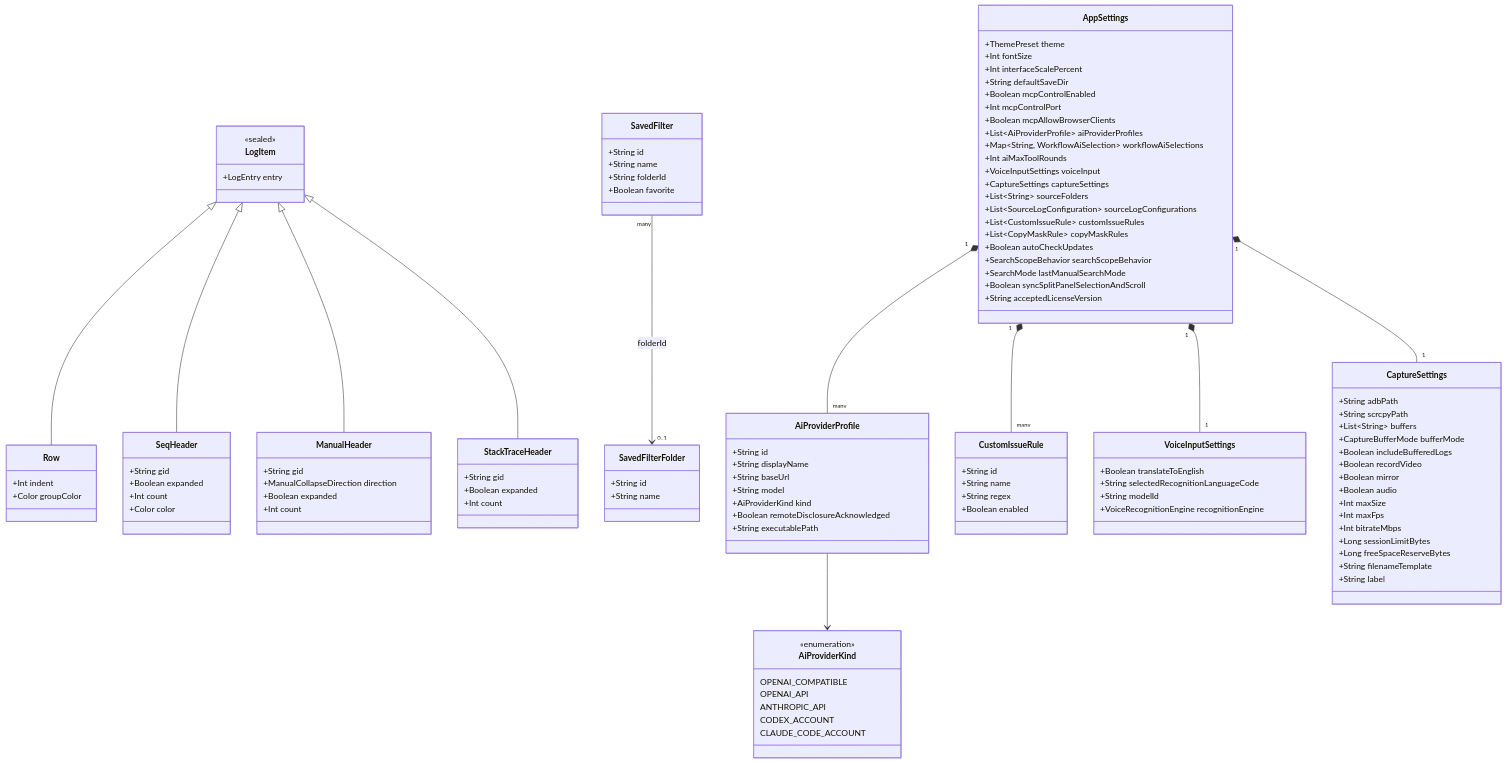
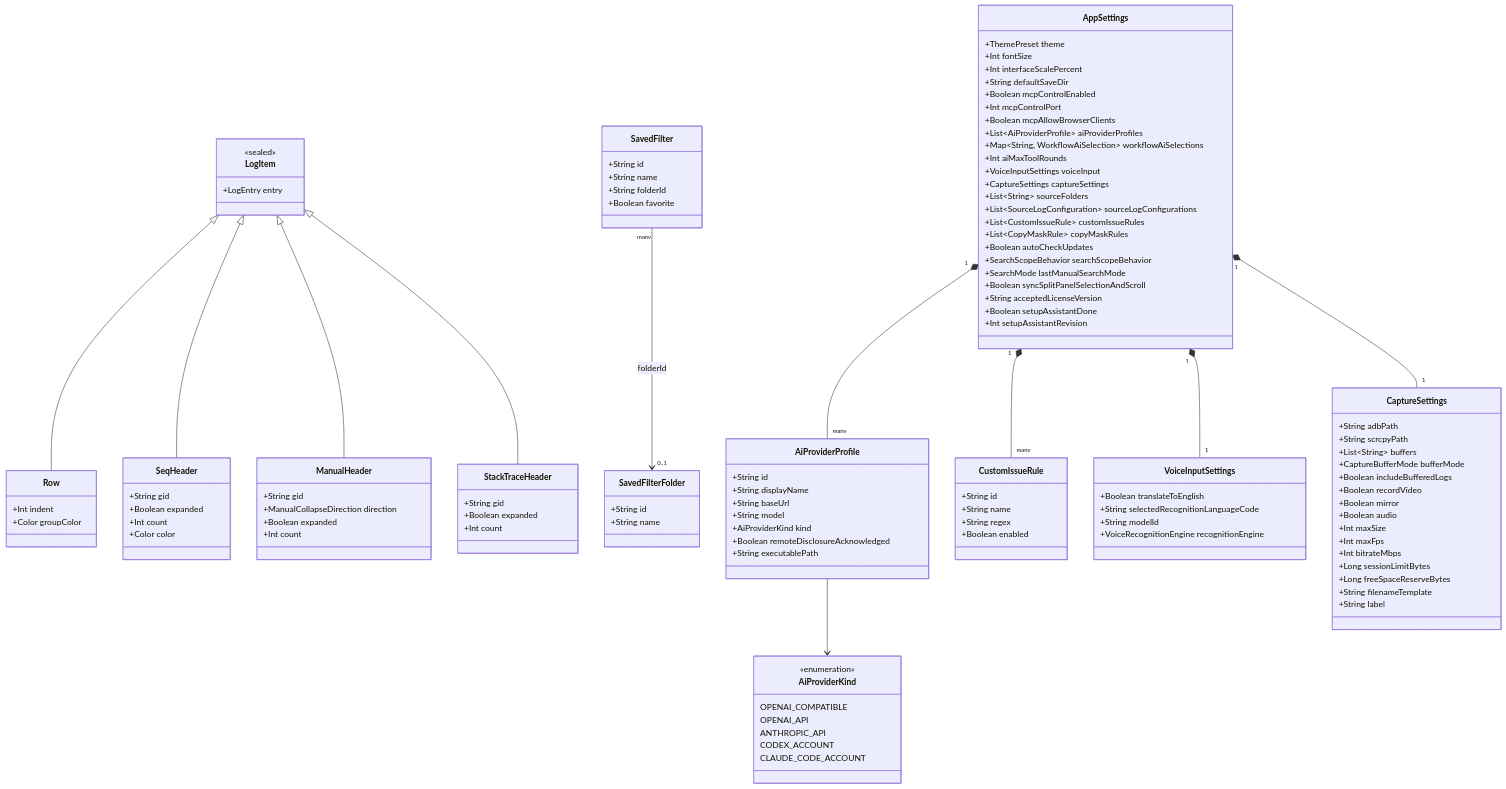
Before and after one commit to indagium/indagium: the fifth of 17 diagrams in docs/SAAD.md, drawn with Mermaid. The commit also changed other lines of this file and 9 other files, not shown here.

```diff
--- a/docs/SAAD.md
+++ b/docs/SAAD.md
@@ -957,6 +957,8 @@
         +SearchMode lastManualSearchMode
         +Boolean syncSplitPanelSelectionAndScroll
         +String acceptedLicenseVersion
+        +Boolean setupAssistantDone
+        +Int setupAssistantRevision
     }
 
     class AiProviderProfile {
```
